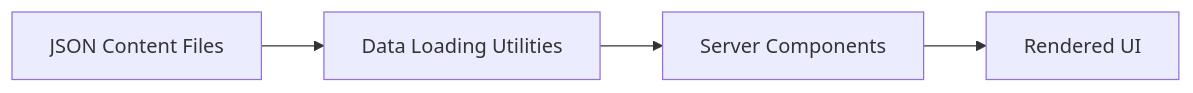
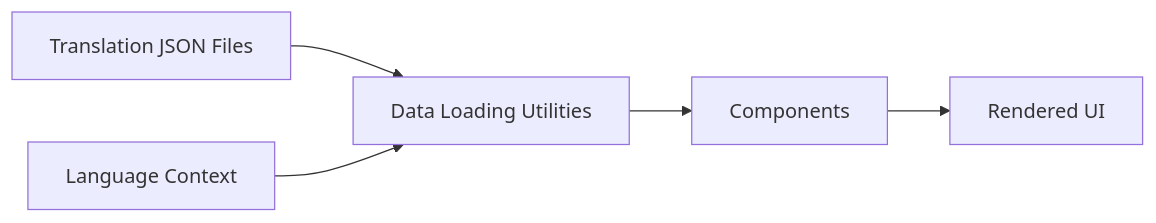
The second of 2 diagrams in memory-bank/systemPatterns.md (antiguatechlabs/antigua-tech-labs), drawn with Mermaid before and after one commit. The commit also changed other lines of this file and 51 other files, not shown here.

````diff
--- a/memory-bank/systemPatterns.md
+++ b/memory-bank/systemPatterns.md
@@ -25,6 +25,7 @@
 ```mermaid
 flowchart LR
-    A[JSON Content Files] --> B[Data Loading Utilities]
-    B --> C[Server Components]
-    C --> D[Rendered UI]
+    A[Translation JSON Files] --> B[Data Loading Utilities]
+    C[Language Context] --> B
+    B --> D[Components]
+    D --> E[Rendered UI]
 ```
````
